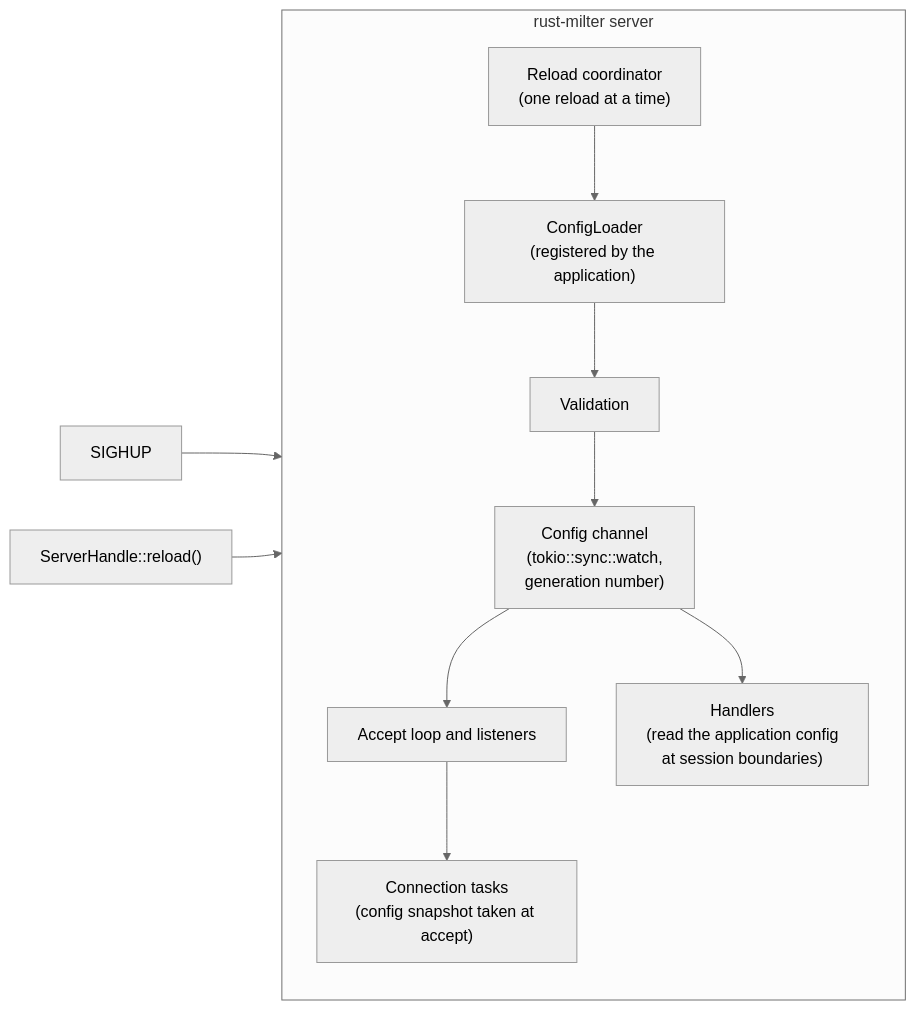
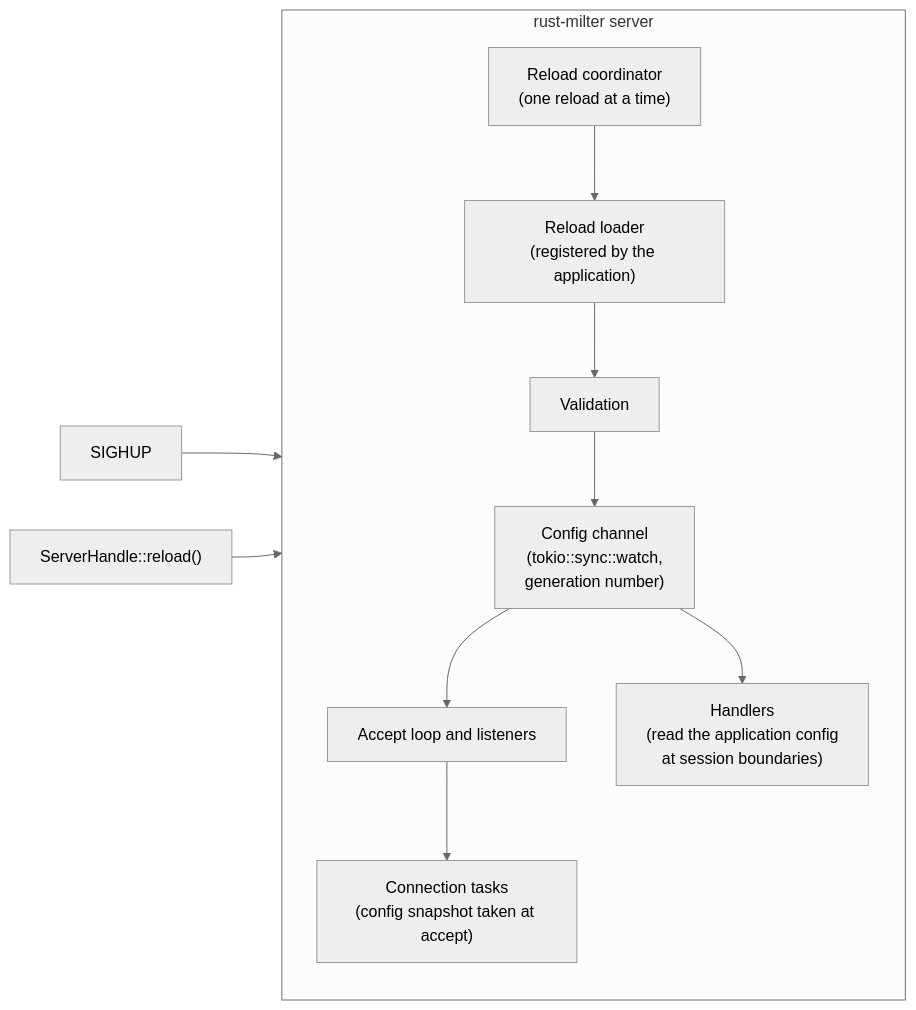
Before and after one commit to photom/rust-milter: the first of 3 diagrams in docs/reference/hot-reload.md, drawn with Mermaid (neutral theme). The commit also changed other lines of this file and 41 other files, not shown here.

````diff
--- a/docs/reference/hot-reload.md
+++ b/docs/reference/hot-reload.md
@@ -39,23 +38,23 @@
 ```mermaid
 flowchart LR
     sighup["SIGHUP"]
     api["ServerHandle::reload()"]
     subgraph server["rust-milter server"]
         direction TB
         coord["Reload coordinator<br/>(one reload at a time)"]
-        loader["ConfigLoader<br/>(registered by the application)"]
+        loader["Reload loader<br/>(registered by the application)"]
         validate["Validation"]
         watch["Config channel<br/>(tokio::sync::watch,<br/>generation number)"]
         acceptor["Accept loop and listeners"]
         conns["Connection tasks<br/>(config snapshot taken at accept)"]
         handlers["Handlers<br/>(read the application config<br/>at session boundaries)"]
     end
     sighup --> coord
     api --> coord
     coord --> loader
     loader --> validate
     validate --> watch
     watch --> acceptor
     acceptor --> conns
     watch --> handlers
 ```
````
